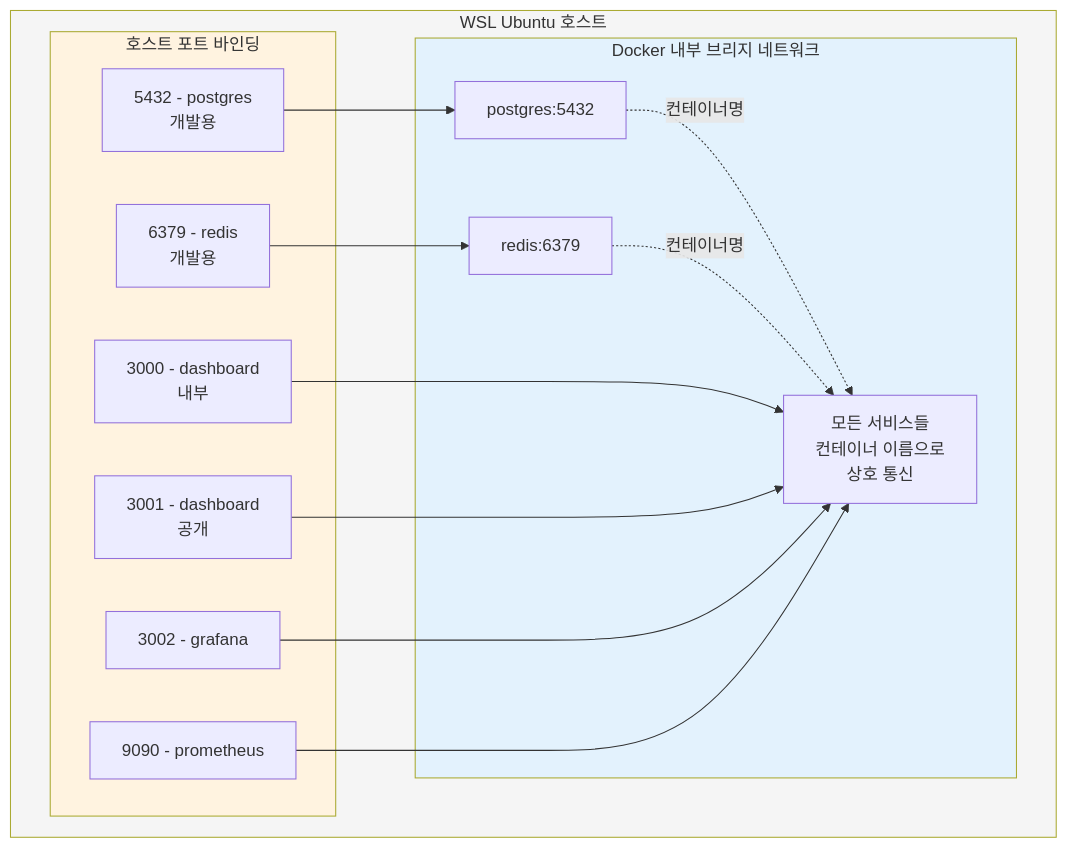
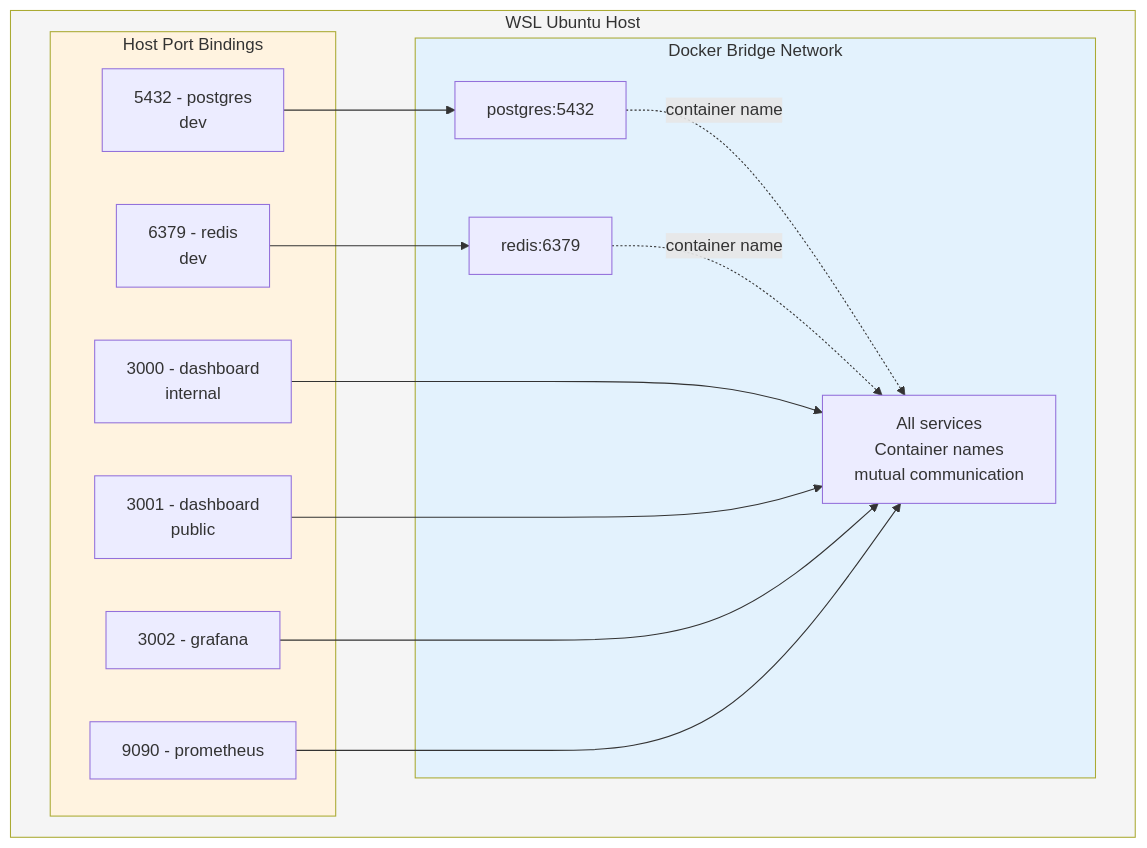
One commit to Justant-source/Bit-Mania changed the third of 4 diagrams in cryptoengine/docs/architecture/deployment.md. Above: the diagram before and after it, drawn with Mermaid. The commit also changed other lines of this file and 25 other files, not shown here.

First line of the commit message:
fix(docs): repair Mermaid diagrams for GitHub rendering (30 files)

````diff
--- a/cryptoengine/docs/architecture/deployment.md
+++ b/cryptoengine/docs/architecture/deployment.md
@@ -296,32 +296,32 @@
 ```mermaid
 graph TB
-    subgraph host["WSL Ubuntu 호스트"]
-        subgraph internal["Docker 내부 브리지 네트워크"]
+    subgraph host["WSL Ubuntu Host"]
+        subgraph internal["Docker Bridge Network"]
             postgres["postgres:5432"]
             redis["redis:6379"]
-            services["모든 서비스들<br/>컨테이너 이름으로<br/>상호 통신"]
+            services["All services<br/>Container names<br/>mutual communication"]
         end
         
-        subgraph exposed["호스트 포트 바인딩"]
-            p1["3000 - dashboard<br/>내부"]
-            p2["3001 - dashboard<br/>공개"]
+        subgraph exposed["Host Port Bindings"]
+            p1["3000 - dashboard<br/>internal"]
+            p2["3001 - dashboard<br/>public"]
             p3["3002 - grafana"]
-            p4["5432 - postgres<br/>개발용"]
-            p5["6379 - redis<br/>개발용"]
+            p4["5432 - postgres<br/>dev"]
+            p5["6379 - redis<br/>dev"]
             p6["9090 - prometheus"]
         end
     end
     
-    postgres -.->|"컨테이너명"| services
-    redis -.->|"컨테이너명"| services
+    postgres -.->|"container name"| services
+    redis -.->|"container name"| services
     p1 --> services
     p2 --> services
     p3 --> services
     p4 --> postgres
     p5 --> redis
     p6 --> services
     
     style internal fill:#E3F2FD
     style exposed fill:#FFF3E0
     style host fill:#F5F5F5
 ```
````
